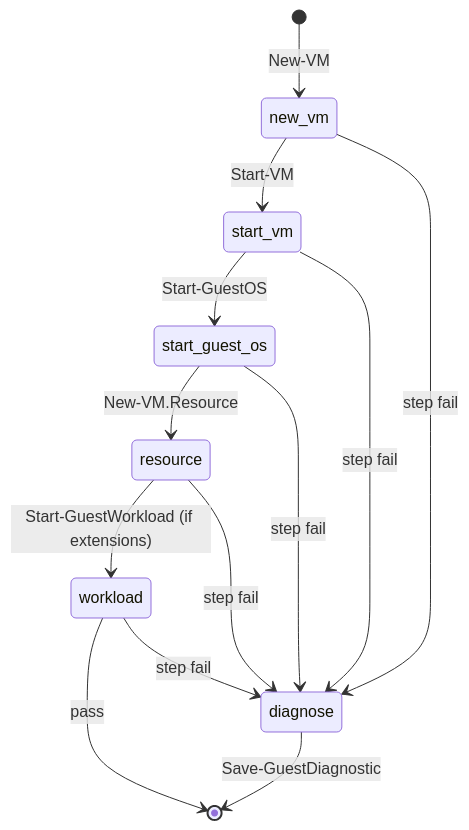
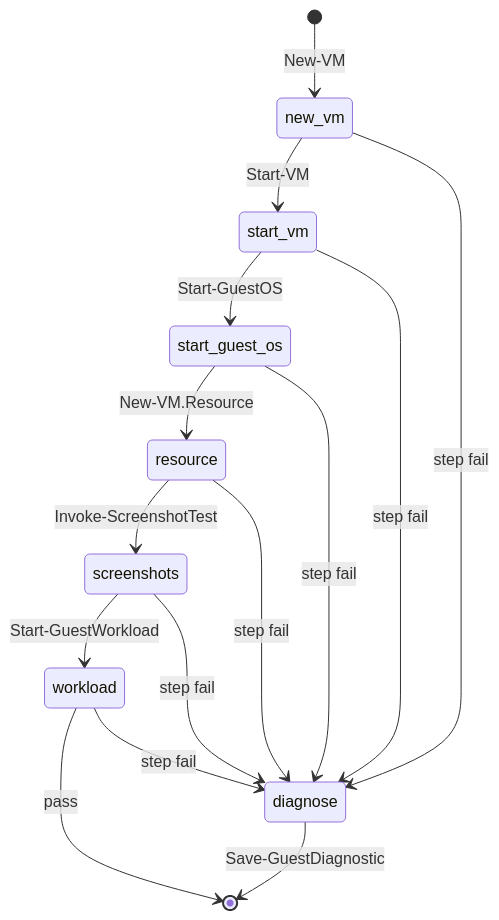
Before and after one commit to alissonsol/yuruna: the second of 2 diagrams in docs/design/04-lifecycle-state.md, drawn with Mermaid. The commit also changed other lines of this file and 492 other files, not shown here.

````diff
--- a/docs/design/04-lifecycle-state.md
+++ b/docs/design/04-lifecycle-state.md
@@ -36,15 +40,17 @@
 ```mermaid
 stateDiagram-v2
     [*] --> new_vm : New-VM
     new_vm --> start_vm : Start-VM
     start_vm --> start_guest_os : Start-GuestOS
     start_guest_os --> resource : New-VM.Resource
-    resource --> workload : Start-GuestWorkload (if extensions)
+    resource --> screenshots : Invoke-ScreenshotTest
+    screenshots --> workload : Start-GuestWorkload
     workload --> [*] : pass
     new_vm --> diagnose : step fail
     start_vm --> diagnose : step fail
     start_guest_os --> diagnose : step fail
     resource --> diagnose : step fail
+    screenshots --> diagnose : step fail
     workload --> diagnose : step fail
     diagnose --> [*] : Save-GuestDiagnostic
 ```
````
